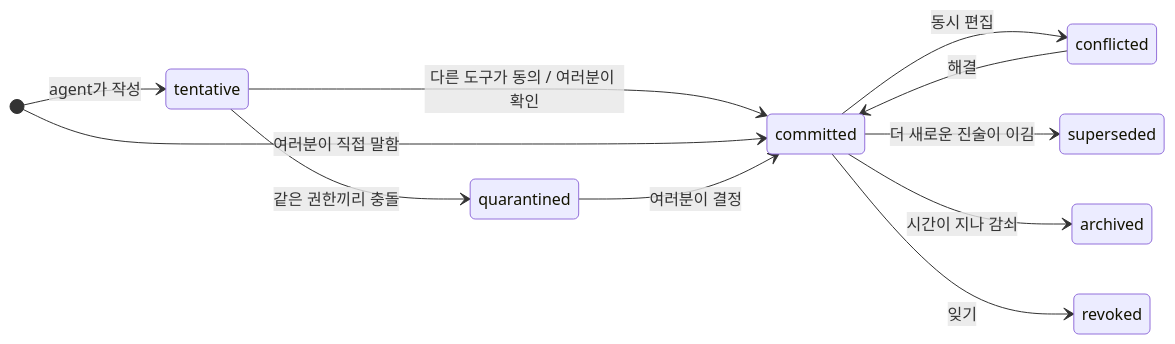
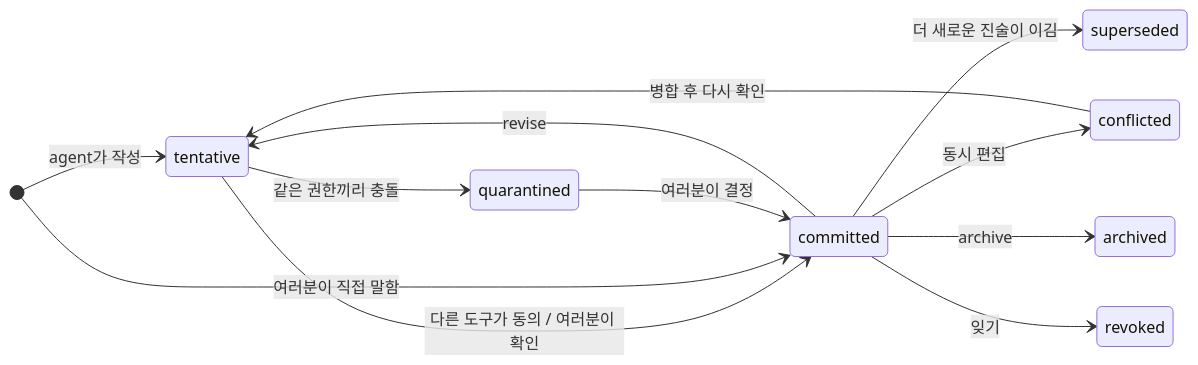
Before and after one commit to xi029/HiveMem: the second of 2 diagrams in docs/i18n/README.ko.md, drawn with Mermaid. The commit also changed other lines of this file and 24 other files, not shown here.

````diff
--- a/docs/i18n/README.ko.md
+++ b/docs/i18n/README.ko.md
@@ -176,14 +176,15 @@
 ```mermaid
 stateDiagram-v2
     direction LR
     [*] --> tentative: agent가 작성
     tentative --> committed: 다른 도구가 동의 / 여러분이 확인
     [*] --> committed: 여러분이 직접 말함
     tentative --> quarantined: 같은 권한끼리 충돌
     quarantined --> committed: 여러분이 결정
     committed --> conflicted: 동시 편집
-    conflicted --> committed: 해결
+    conflicted --> tentative: 병합 후 다시 확인
+    committed --> tentative: revise
     committed --> superseded: 더 새로운 진술이 이김
-    committed --> archived: 시간이 지나 감쇠
+    committed --> archived: archive
     committed --> revoked: 잊기
 ```
````
